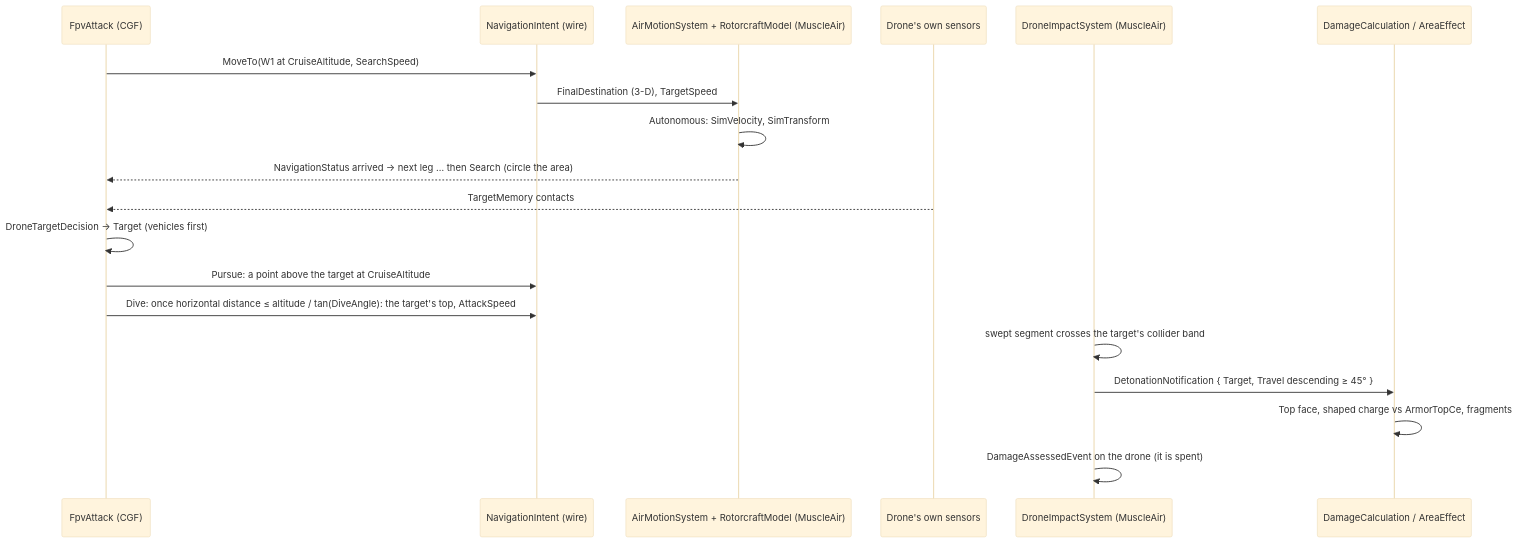
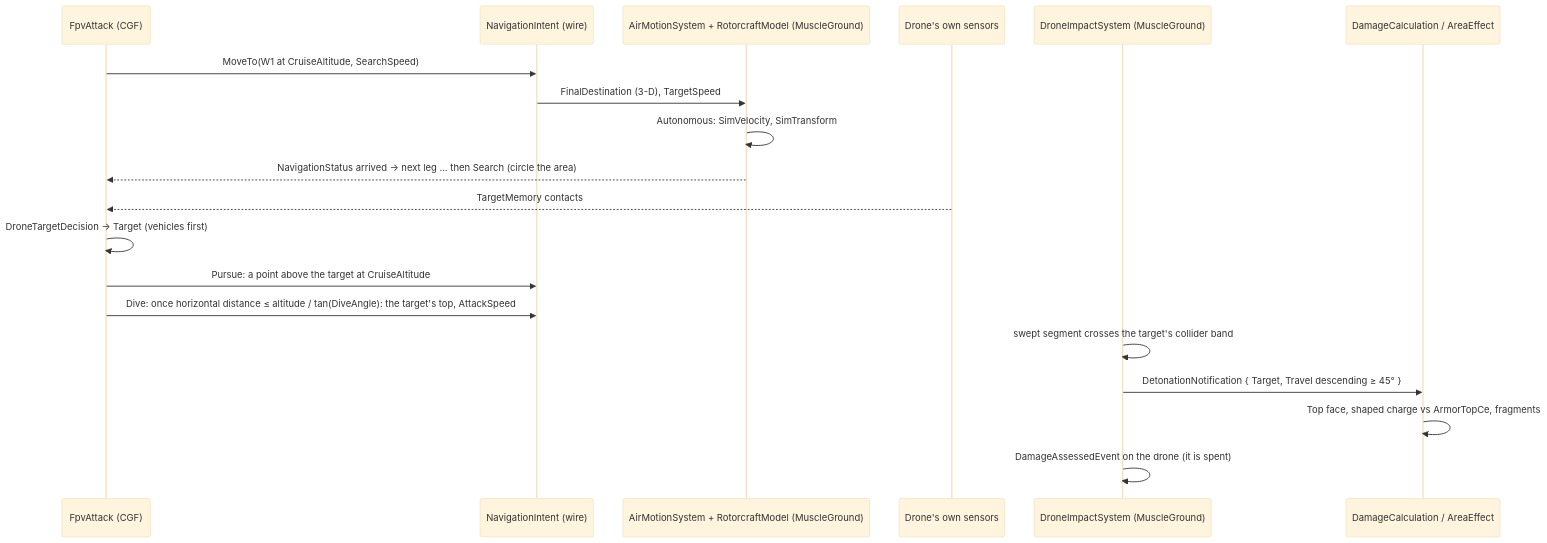
Before and after one commit to pjanec/HROT: the second of 3 diagrams in docs/designs/vehicle-tactics/DESIGN_FPV_Drone.md, drawn with Mermaid (base theme). The commit also changed other lines of this file and 6 other files, not shown here.

First line of the commit message:
CE-3199 / R-3005: one Muscle role moves every body - a flyer is MuscleGround's

````diff
--- a/docs/designs/vehicle-tactics/DESIGN_FPV_Drone.md
+++ b/docs/designs/vehicle-tactics/DESIGN_FPV_Drone.md
@@ -130,21 +130,21 @@
 ```mermaid
 sequenceDiagram
   participant B as FpvAttack (CGF)
   participant N as NavigationIntent (wire)
-  participant A as AirMotionSystem + RotorcraftModel (MuscleAir)
+  participant A as AirMotionSystem + RotorcraftModel (MuscleGround)
   participant S as Drone's own sensors
-  participant I as DroneImpactSystem (MuscleAir)
+  participant I as DroneImpactSystem (MuscleGround)
   participant D as DamageCalculation / AreaEffect
   B->>N: MoveTo(W1 at CruiseAltitude, SearchSpeed)
   N->>A: FinalDestination (3-D), TargetSpeed
   A->>A: Autonomous: SimVelocity, SimTransform
   A-->>B: NavigationStatus arrived → next leg … then Search (circle the area)
   S-->>B: TargetMemory contacts
   B->>B: DroneTargetDecision → Target (vehicles first)
   B->>N: Pursue: a point above the target at CruiseAltitude
   B->>N: Dive: once horizontal distance ≤ altitude / tan(DiveAngle): the target's top, AttackSpeed
   I->>I: swept segment crosses the target's collider band
   I->>D: DetonationNotification { Target, Travel descending ≥ 45° }
   D->>D: Top face, shaped charge vs ArmorTopCe, fragments
   I->>I: DamageAssessedEvent on the drone (it is spent)
 ```
````
